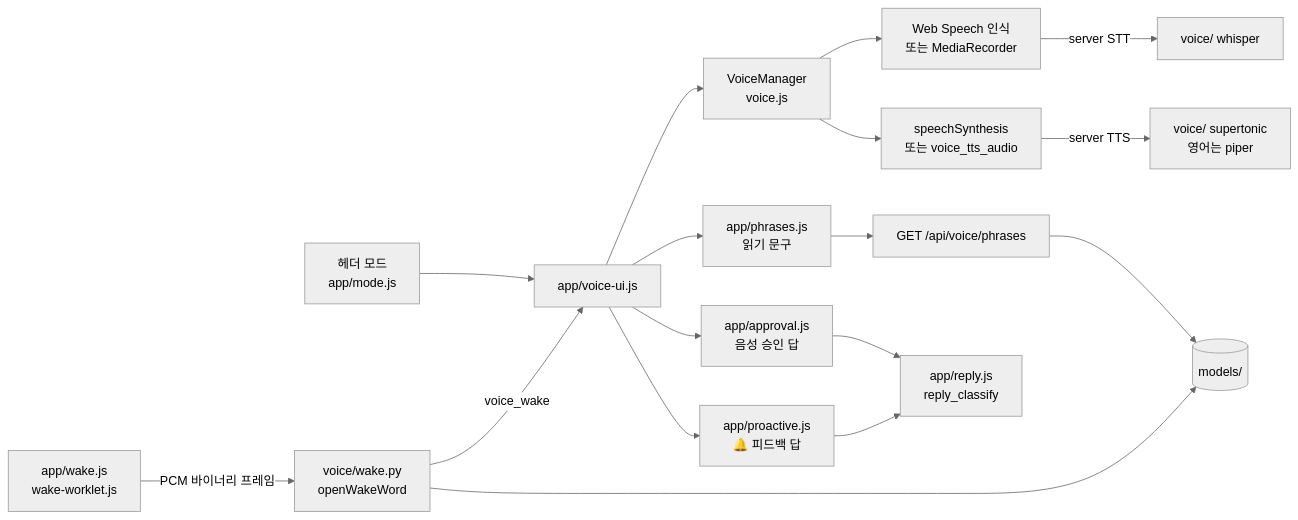
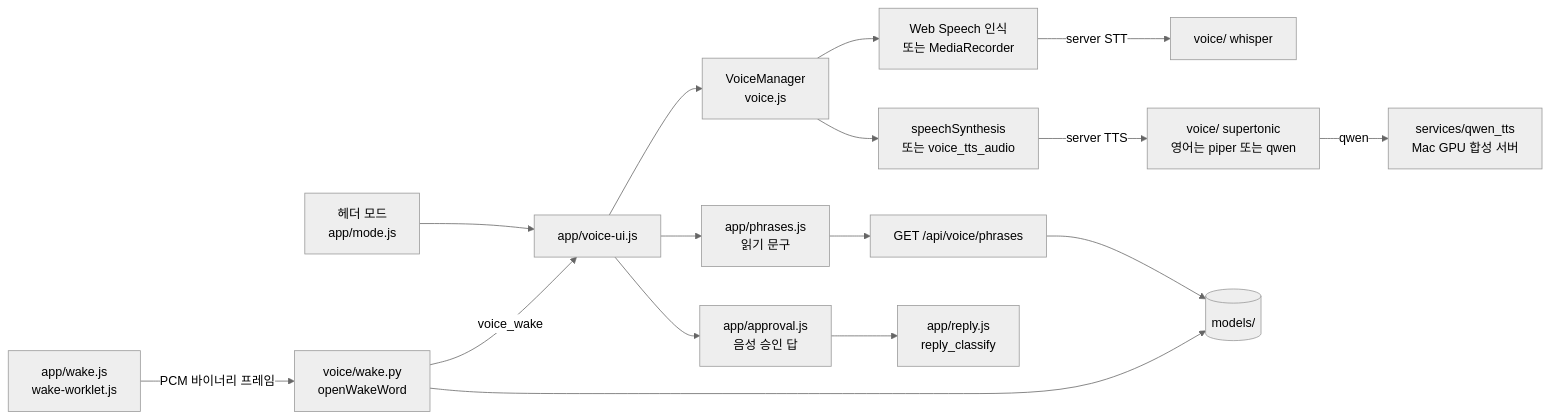
One commit to ash-hun/jarvis-agent changed the fourth of 4 diagrams in website/docs/concepts/conversation/voice.md. Above: the diagram before and after it, drawn with Mermaid (neutral theme). The commit also changed other lines of this file and 3 other files, not shown here.

````diff
--- a/website/docs/concepts/conversation/voice.md
+++ b/website/docs/concepts/conversation/voice.md
@@ -327,18 +327,17 @@
 ```mermaid
 flowchart LR
   MODE[헤더 모드<br/>app/mode.js] --> VUI[app/voice-ui.js]
   VUI --> VM[VoiceManager<br/>voice.js]
   VM --> SR[Web Speech 인식<br/>또는 MediaRecorder]
   VM --> TTS[speechSynthesis<br/>또는 voice_tts_audio]
   SR -->|server STT| STT[voice/ whisper]
-  TTS -->|server TTS| SUP[voice/ supertonic<br/>영어는 piper]
+  TTS -->|server TTS| SUP[voice/ supertonic<br/>영어는 piper 또는 qwen]
+  SUP -->|qwen| QS[services/qwen_tts<br/>Mac GPU 합성 서버]
   VUI --> APR[app/approval.js<br/>음성 승인 답]
-  VUI --> PRO[app/proactive.js<br/>🔔 피드백 답]
   VUI --> PHR[app/phrases.js<br/>읽기 문구] --> PAPI[GET /api/voice/phrases]
   WAKE[app/wake.js<br/>wake-worklet.js] -->|PCM 바이너리 프레임| WD[voice/wake.py<br/>openWakeWord]
   WD -->|voice_wake| VUI
   PAPI --> MD[(models/)]
   WD --> MD
   APR --> RPL[app/reply.js<br/>reply_classify]
-  PRO --> RPL
 ```
````
